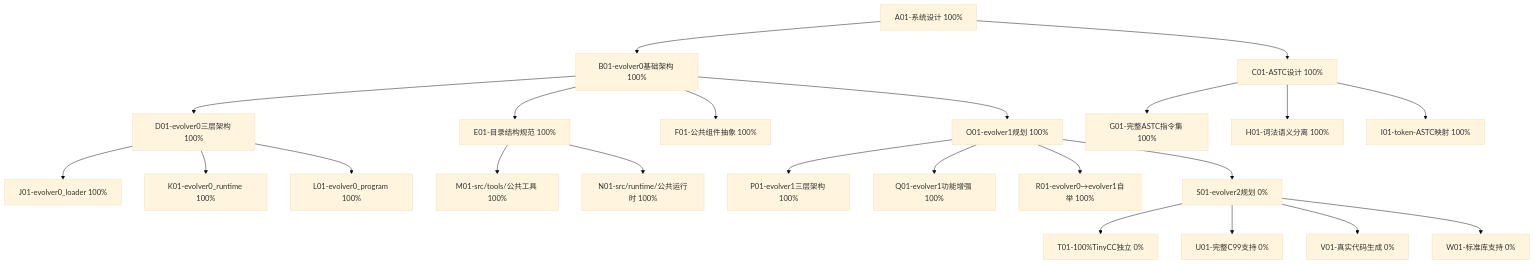
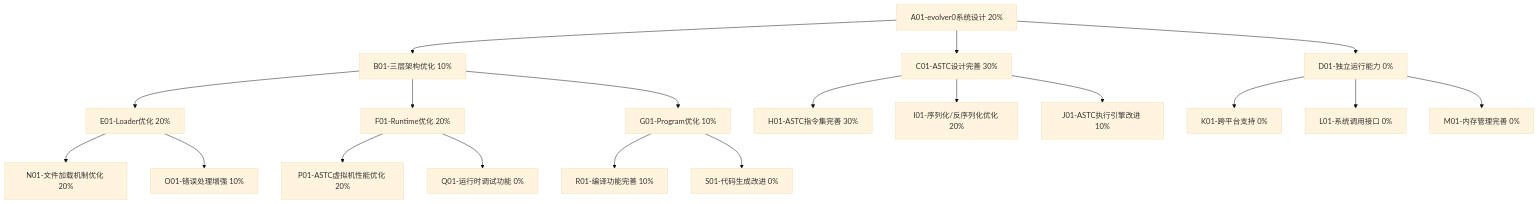
One commit to wanjochan/self-evolve-ai changed the diagram in docs/plan.md. Above: the diagram before and after it, drawn with Mermaid (base theme). The commit also changed other lines of this file and 12 other files, not shown here.

````diff
--- a/docs/plan.md
+++ b/docs/plan.md
@@ -15,31 +15,27 @@
 ```mermaid
 graph TD
-    A[A01-系统设计 100%] --> B[B01-evolver0基础架构 100%]
-    A --> C[C01-ASTC设计 100%]
+    A[A01-evolver0系统设计 20%] --> B[B01-三层架构优化 10%]
+    A --> C[C01-ASTC设计完善 30%]
+    A --> D[D01-独立运行能力 0%]
 
-    B --> D[D01-evolver0三层架构 100%]
-    B --> E[E01-目录结构规范 100%]
-    B --> F[F01-公共组件抽象 100%]
+    B --> E[E01-Loader优化 20%]
+    B --> F[F01-Runtime优化 20%]
+    B --> G[G01-Program优化 10%]
 
-    C --> G[G01-完整ASTC指令集 100%]
-    C --> H[H01-词法语义分离 100%]
-    C --> I[I01-token-ASTC映射 100%]
+    C --> H[H01-ASTC指令集完善 30%]
+    C --> I[I01-序列化/反序列化优化 20%]
+    C --> J[J01-ASTC执行引擎改进 10%]
 
-    D --> J[J01-evolver0_loader 100%]
-    D --> K[K01-evolver0_runtime 100%]
-    D --> L[L01-evolver0_program 100%]
+    D --> K[K01-跨平台支持 0%]
+    D --> L[L01-系统调用接口 0%]
+    D --> M[M01-内存管理完善 0%]
 
-    E --> M[M01-src/tools/公共工具 100%]
-    E --> N[N01-src/runtime/公共运行时 100%]
+    E --> N[N01-文件加载机制优化 20%]
+    E --> O[O01-错误处理增强 10%]
 
-    B --> O[O01-evolver1规划 100%]
-    O --> P[P01-evolver1三层架构 100%]
-    O --> Q[Q01-evolver1功能增强 100%]
-    O --> R[R01-evolver0→evolver1自举 100%]
+    F --> P[P01-ASTC虚拟机性能优化 20%]
+    F --> Q[Q01-运行时调试功能 0%]
 
-    O --> S[S01-evolver2规划 0%]
-    S --> T[T01-100%TinyCC独立 0%]
-    S --> U[U01-完整C99支持 0%]
-    S --> V[V01-真实代码生成 0%]
-    S --> W[W01-标准库支持 0%]
+    G --> R[R01-编译功能完善 10%]
+    G --> S[S01-代码生成改进 0%]
 ```
````
